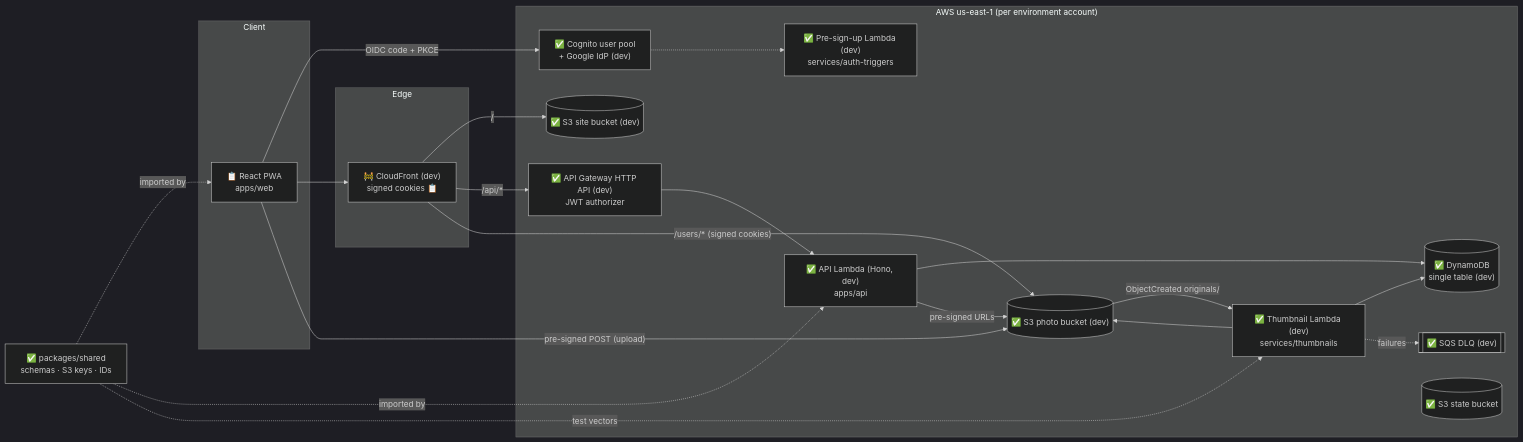
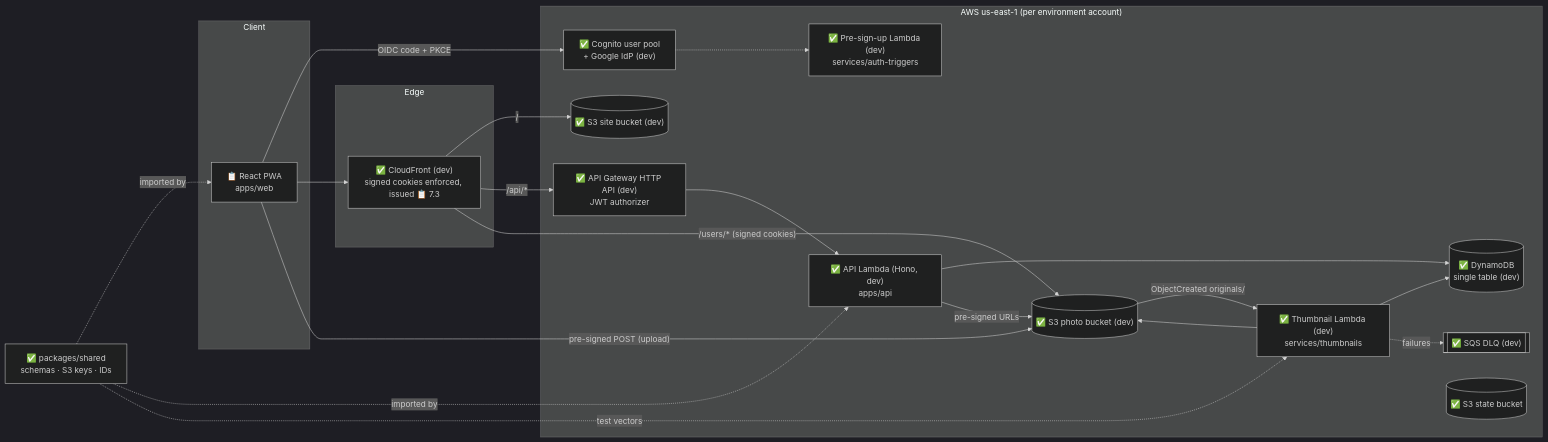
One commit to EdgarA28/Photo-app changed the first of 6 diagrams in ARCHITECTURE.md. Above: the diagram before and after it, drawn with Mermaid (dark theme). The commit also changed other lines of this file and 11 other files, not shown here.

````diff
--- a/ARCHITECTURE.md
+++ b/ARCHITECTURE.md
@@ -67,42 +67,42 @@
 ```mermaid
 flowchart LR
   subgraph Client
     PWA["📋 React PWA<br/>apps/web"]
   end
 
   subgraph Edge
-    CF["🚧 CloudFront (dev)<br/>signed cookies 📋"]
+    CF["✅ CloudFront (dev)<br/>signed cookies enforced, issued 📋 7.3"]
   end
 
   subgraph AWS["AWS us-east-1 (per environment account)"]
     COG["✅ Cognito user pool<br/>+ Google IdP (dev)"]
     TRIG["✅ Pre-sign-up Lambda (dev)<br/>services/auth-triggers"]
     APIGW["✅ API Gateway HTTP API (dev)<br/>JWT authorizer"]
     API["✅ API Lambda (Hono, dev)<br/>apps/api"]
     DDB[("✅ DynamoDB<br/>single table (dev)")]
     WEB[("✅ S3 site bucket (dev)")]
     S3[("✅ S3 photo bucket (dev)")]
     THUMB["✅ Thumbnail Lambda (dev)<br/>services/thumbnails"]
     DLQ[["✅ SQS DLQ (dev)"]]
     STATE[("✅ S3 state bucket")]
   end
 
   SHARED["✅ packages/shared<br/>schemas · S3 keys · IDs"]
 
   PWA -- "OIDC code + PKCE" --> COG
   COG -.-> TRIG
   PWA --> CF
   CF -- "/" --> WEB
   CF -- "/api/*" --> APIGW --> API
   CF -- "/users/* (signed cookies)" --> S3
   API --> DDB
   API -- "pre-signed URLs" --> S3
   PWA -- "pre-signed POST (upload)" --> S3
   S3 -- "ObjectCreated originals/" --> THUMB
   THUMB --> S3
   THUMB --> DDB
   THUMB -. "failures" .-> DLQ
   SHARED -. "imported by" .-> PWA
   SHARED -. "imported by" .-> API
   SHARED -. "test vectors" .-> THUMB
 ```
````
